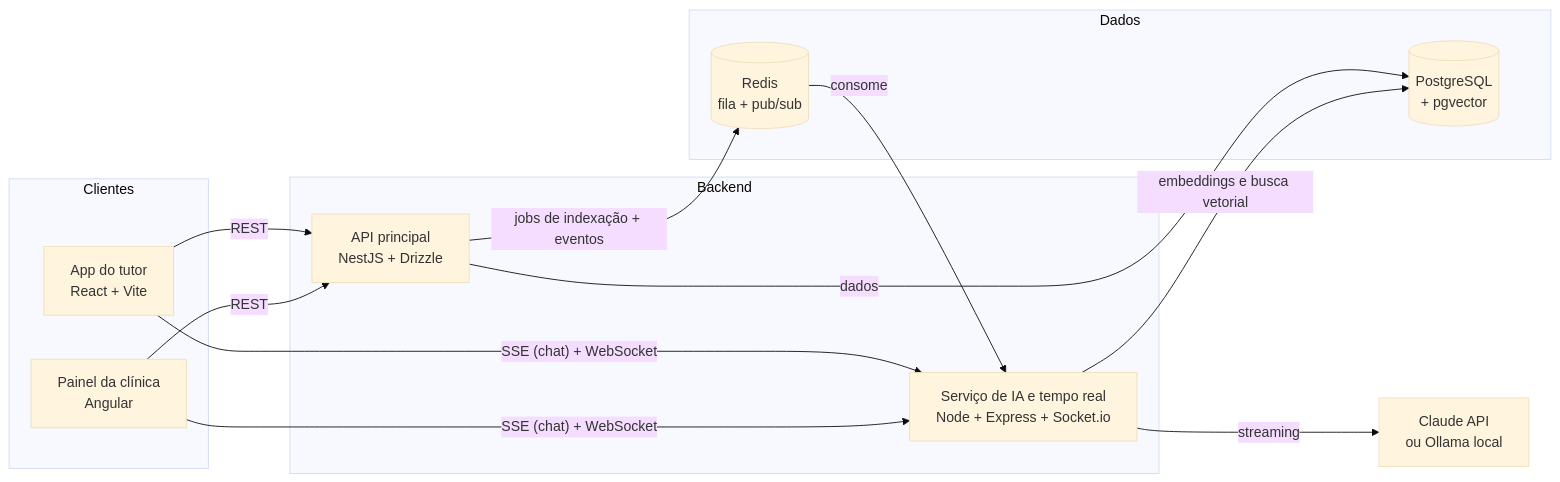
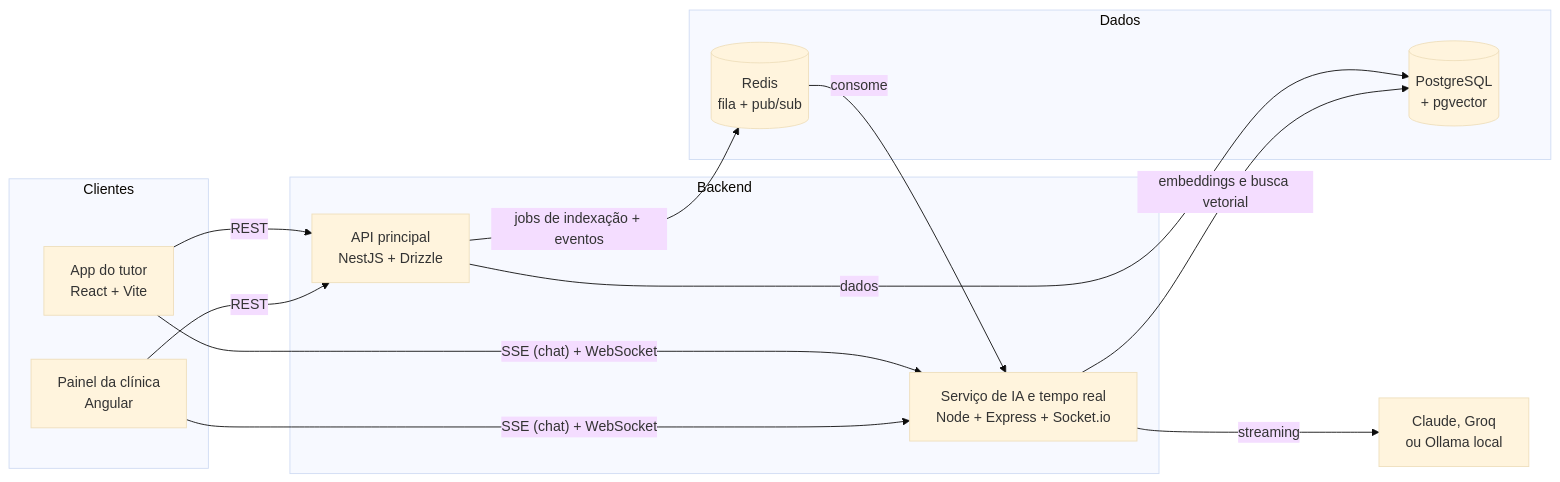
The first of 2 diagrams in README.md (antoniolaprov/patacerta), drawn with Mermaid (base theme) before and after one commit. The commit also changed other lines of this file and 3 other files, not shown here.

````diff
--- a/README.md
+++ b/README.md
@@ -23,29 +23,29 @@
 ```mermaid
 flowchart LR
     subgraph Clientes
         WEB["App do tutor<br/>React + Vite"]
         ADM["Painel da clínica<br/>Angular"]
     end
 
     subgraph Backend
         API["API principal<br/>NestJS + Drizzle"]
         AI["Serviço de IA e tempo real<br/>Node + Express + Socket.io"]
     end
 
     subgraph Dados
         PG[("PostgreSQL<br/>+ pgvector")]
         RD[("Redis<br/>fila + pub/sub")]
     end
 
-    LLM["Claude API<br/>ou Ollama local"]
+    LLM["Claude, Groq<br/>ou Ollama local"]
 
     WEB -- REST --> API
     ADM -- REST --> API
     WEB -- "SSE (chat) + WebSocket" --> AI
     ADM -- "SSE (chat) + WebSocket" --> AI
     API -- dados --> PG
     API -- "jobs de indexação + eventos" --> RD
     RD -- consome --> AI
     AI -- "embeddings e busca vetorial" --> PG
     AI -- streaming --> LLM
 ```
````
